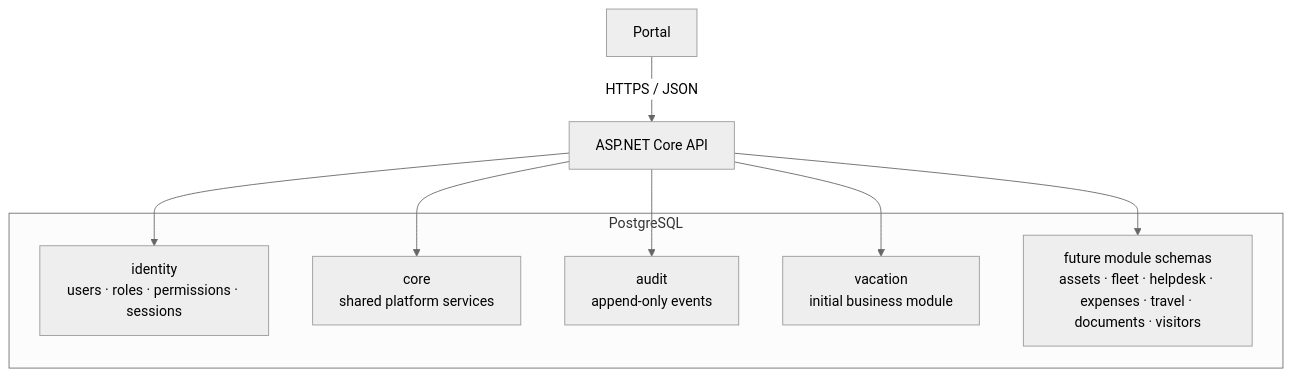
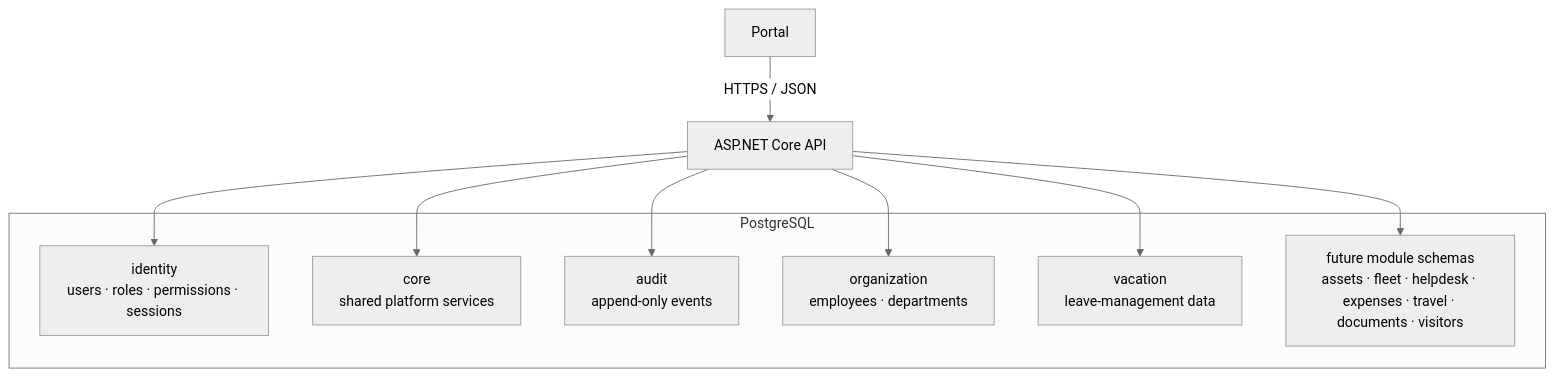
Before and after one commit to BogiOkta/internal-apps: the first of 12 diagrams in docs/architecture/DATABASE.md, drawn with Mermaid (neutral theme). The commit also changed other lines of this file and 24 other files, not shown here.

First line of the commit message:
feat: add vacation workspace and shared organization directory

````diff
--- a/docs/architecture/DATABASE.md
+++ b/docs/architecture/DATABASE.md
@@ -27,20 +28,22 @@
 ```mermaid
 flowchart TB
     Portal["Portal"]
     API["ASP.NET Core API"]
 
     subgraph PG["PostgreSQL"]
         Identity["identity<br/>users · roles · permissions · sessions"]
         Core["core<br/>shared platform services"]
         Audit["audit<br/>append-only events"]
-        Vacation["vacation<br/>initial business module"]
+        Organization["organization<br/>employees · departments"]
+        Vacation["vacation<br/>leave-management data"]
         Future["future module schemas<br/>assets · fleet · helpdesk · expenses · travel · documents · visitors"]
     end
 
     Portal -->|"HTTPS / JSON"| API
     API --> Identity
     API --> Core
     API --> Audit
+    API --> Organization
     API --> Vacation
     API --> Future
 ```
````
